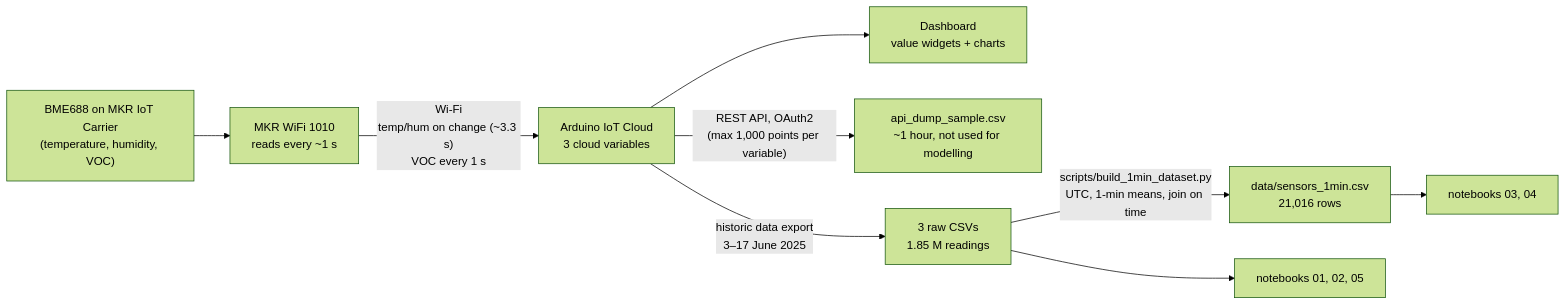
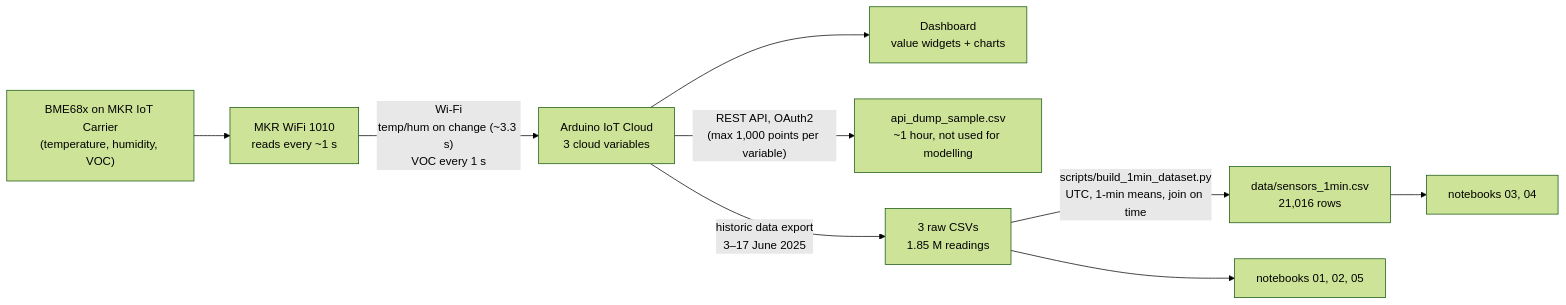
Before and after one commit to maryam843/iot-indoor-air-quality-forecasting: the diagram in iot/README.md, drawn with Mermaid (forest theme). The commit also changed other lines of this file and 5 other files, not shown here.

````diff
--- a/iot/README.md
+++ b/iot/README.md
@@ -60,11 +60,11 @@
 ```mermaid
 flowchart LR
-  S["BME688 on MKR IoT Carrier<br/>(temperature, humidity, VOC)"] --> B["MKR WiFi 1010<br/>reads every ~1 s"]
+  S["BME68x on MKR IoT Carrier<br/>(temperature, humidity, VOC)"] --> B["MKR WiFi 1010<br/>reads every ~1 s"]
   B -->|"Wi-Fi<br/>temp/hum on change (~3.3 s)<br/>VOC every 1 s"| C["Arduino IoT Cloud<br/>3 cloud variables"]
   C --> D["Dashboard<br/>value widgets + charts"]
   C -->|"REST API, OAuth2<br/>(max 1,000 points per variable)"| E["api_dump_sample.csv<br/>~1 hour, not used for modelling"]
   C -->|"historic data export<br/>3–17 June 2025"| G["3 raw CSVs<br/>1.85 M readings"]
   G -->|"scripts/build_1min_dataset.py<br/>UTC, 1-min means, join on time"| H["data/sensors_1min.csv<br/>21,016 rows"]
   G --> M1["notebooks 01, 02, 05"]
   H --> M2["notebooks 03, 04"]
 ```
````
